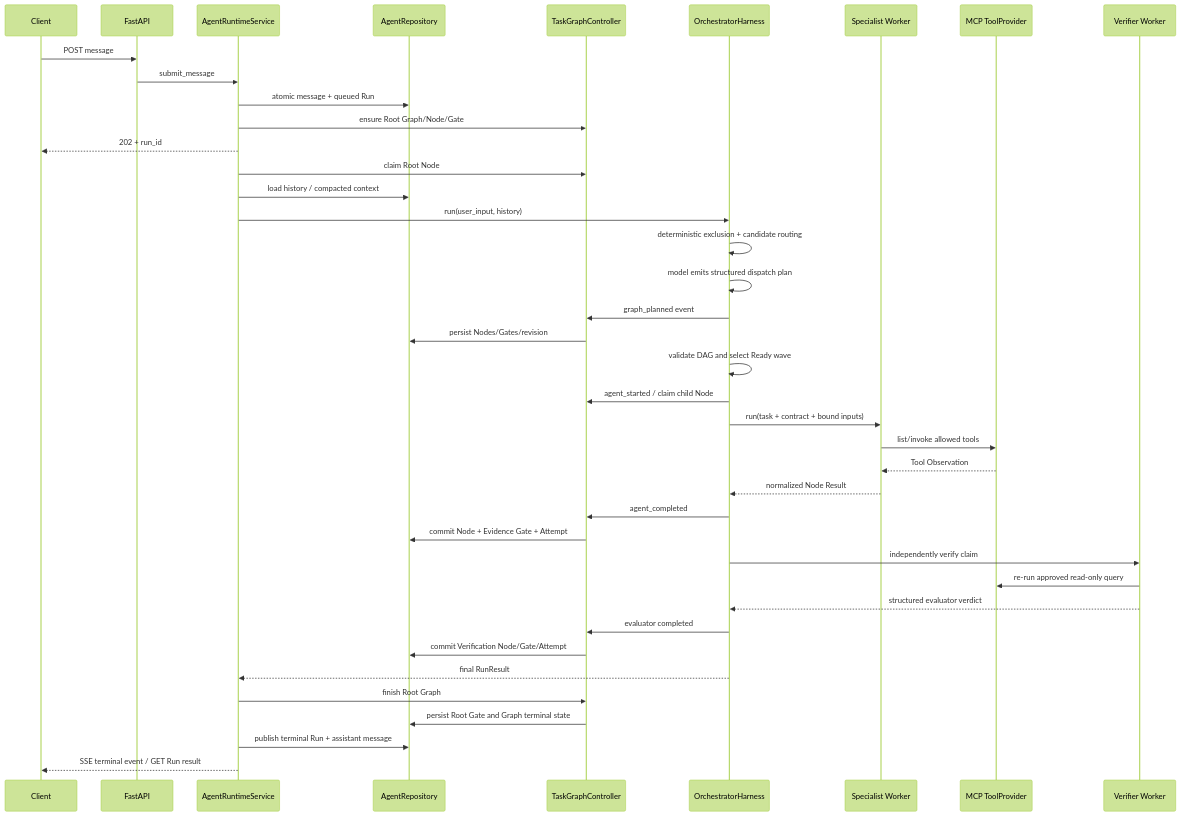
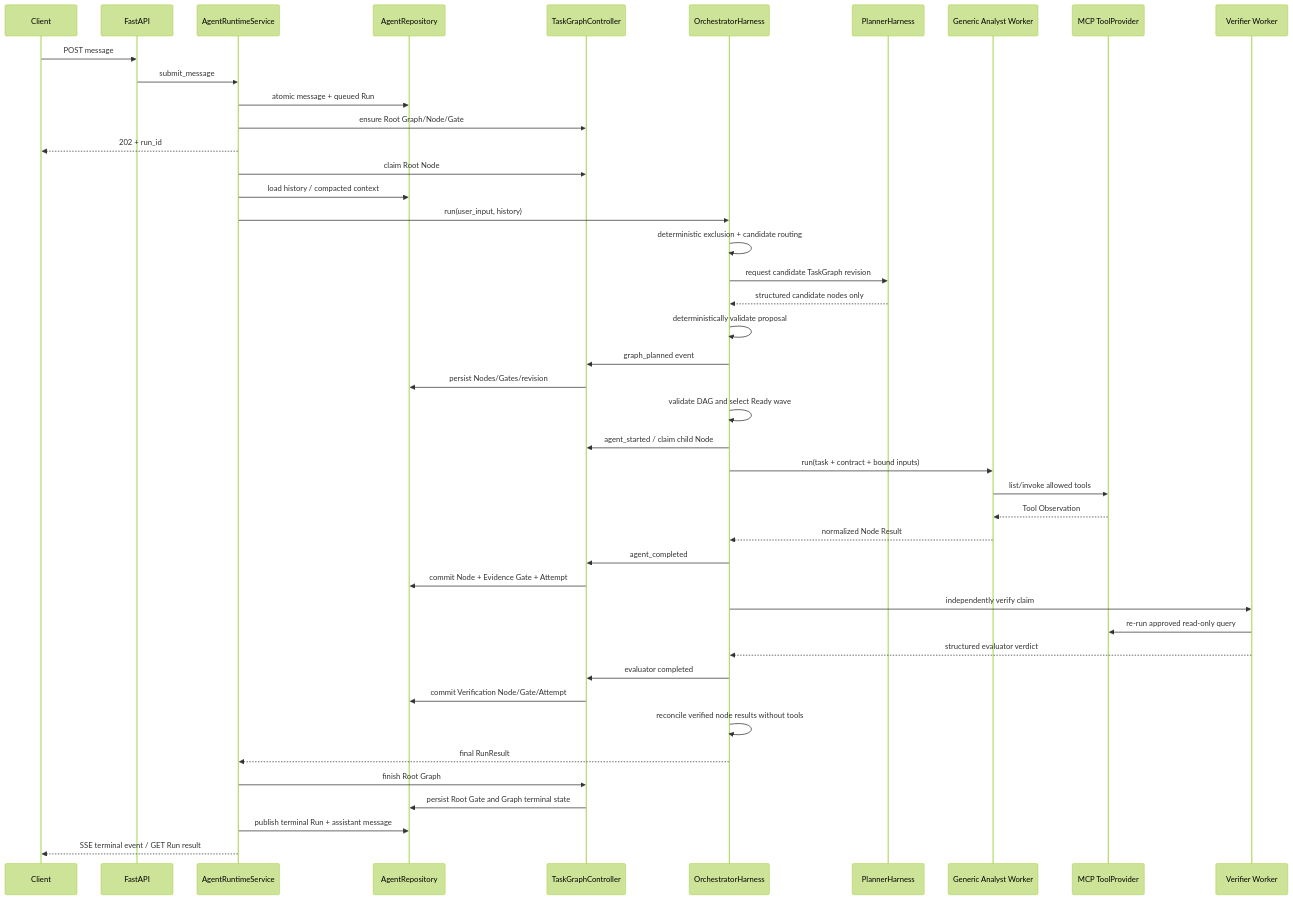
One commit to KawhiWei/nino-agent changed the second of 2 diagrams in doc/task-level-harness-design.md. Above: the diagram before and after it, drawn with Mermaid (forest theme). The commit also changed other lines of this file and 38 other files, not shown here.

First line of the commit message:
feat: 拆分 Planner 并统一业务中立 Harness 架构

````diff
--- a/doc/task-level-harness-design.md
+++ b/doc/task-level-harness-design.md
@@ -205,43 +227,47 @@
 ```mermaid
 sequenceDiagram
     participant C as Client
     participant A as FastAPI
     participant R as AgentRuntimeService
     participant DB as AgentRepository
     participant G as TaskGraphController
     participant O as OrchestratorHarness
-    participant W as Specialist Worker
+    participant P as PlannerHarness
+    participant W as Generic Analyst Worker
     participant T as MCP ToolProvider
     participant V as Verifier Worker
 
     C->>A: POST message
     A->>R: submit_message
     R->>DB: atomic message + queued Run
     R->>G: ensure Root Graph/Node/Gate
     R-->>C: 202 + run_id
     R->>G: claim Root Node
     R->>DB: load history / compacted context
     R->>O: run(user_input, history)
     O->>O: deterministic exclusion + candidate routing
-    O->>O: model emits structured dispatch plan
+    O->>P: request candidate TaskGraph revision
+    P-->>O: structured candidate nodes only
+    O->>O: deterministically validate proposal
     O->>G: graph_planned event
     G->>DB: persist Nodes/Gates/revision
     O->>O: validate DAG and select Ready wave
     O->>G: agent_started / claim child Node
     O->>W: run(task + contract + bound inputs)
     W->>T: list/invoke allowed tools
     T-->>W: Tool Observation
     W-->>O: normalized Node Result
     O->>G: agent_completed
     G->>DB: commit Node + Evidence Gate + Attempt
     O->>V: independently verify claim
     V->>T: re-run approved read-only query
     V-->>O: structured evaluator verdict
     O->>G: evaluator completed
     G->>DB: commit Verification Node/Gate/Attempt
+    O->>O: reconcile verified node results without tools
     O-->>R: final RunResult
     R->>G: finish Root Graph
     G->>DB: persist Root Gate and Graph terminal state
     R->>DB: publish terminal Run + assistant message
     R-->>C: SSE terminal event / GET Run result
 ```
````
